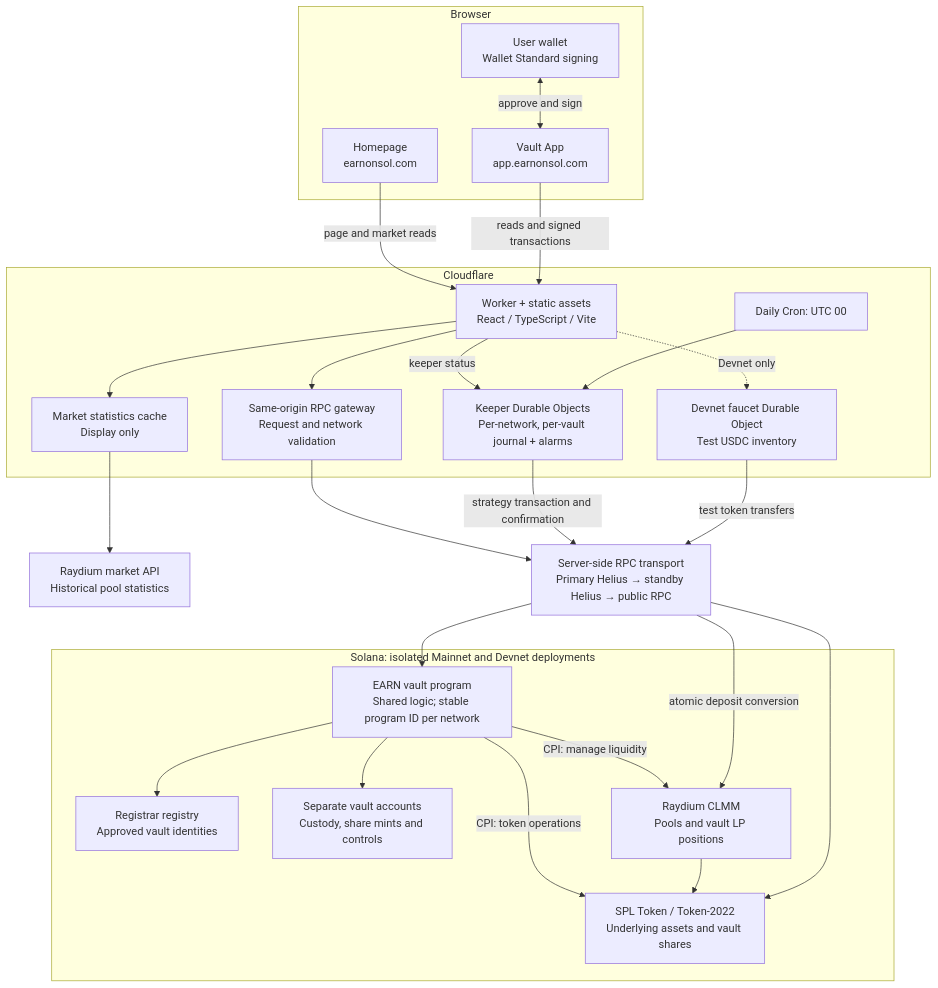
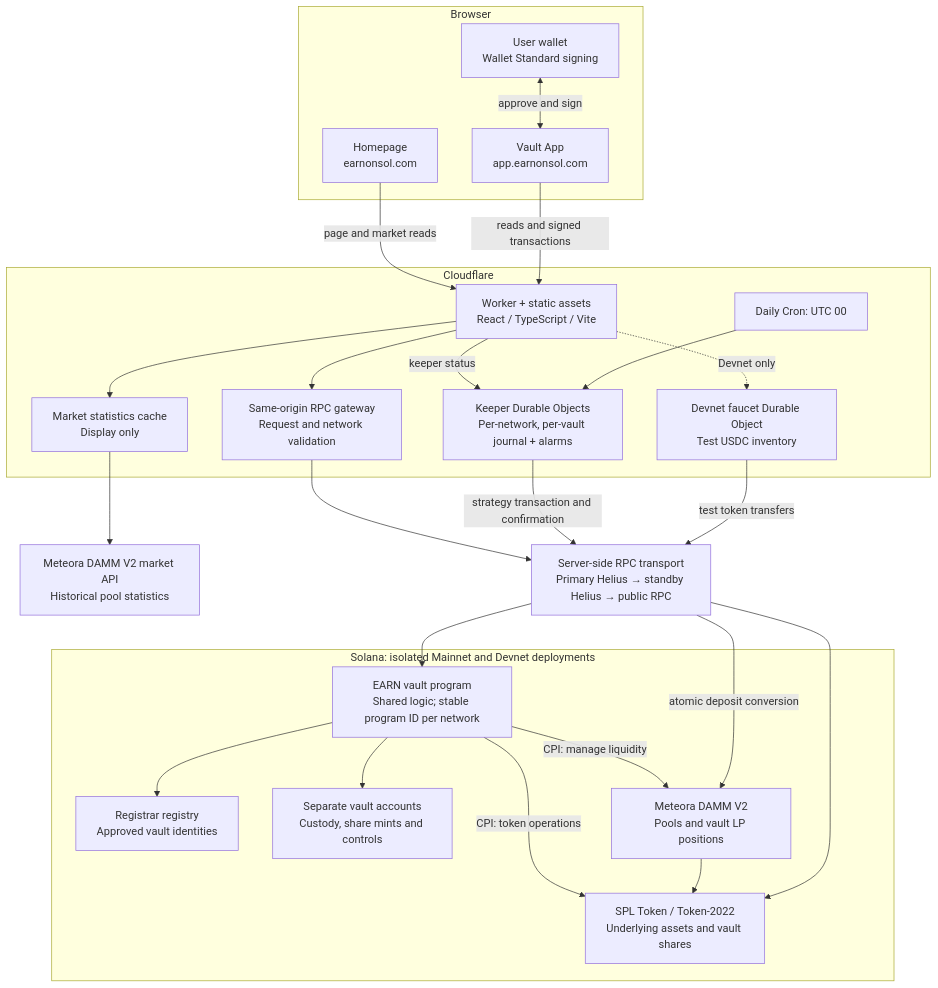
One commit to swift-pixel66/earnonsol changed the diagram in README.md. Above: the diagram before and after it, drawn with Mermaid. The commit also changed other lines of this file and 9 other files, not shown here.

Commit message:
docs: refresh architecture and video for Meteora DAMM V2

````diff
--- a/README.md
+++ b/README.md
@@ -19,49 +19,49 @@
 ```mermaid
 flowchart TB
   subgraph Browser["Browser"]
     Home["Homepage<br/>earnonsol.com"]
     App["Vault App<br/>app.earnonsol.com"]
     Wallet["User wallet<br/>Wallet Standard signing"]
     Wallet <-->|"approve and sign"| App
   end
 
   subgraph Cloudflare["Cloudflare"]
     Edge["Worker + static assets<br/>React / TypeScript / Vite"]
     Market["Market statistics cache<br/>Display only"]
     Gateway["Same-origin RPC gateway<br/>Request and network validation"]
     Cron["Daily Cron: UTC 00"]
     Keeper["Keeper Durable Objects<br/>Per-network, per-vault journal + alarms"]
     Faucet["Devnet faucet Durable Object<br/>Test USDC inventory"]
     Edge --> Market
     Edge --> Gateway
     Edge -->|"keeper status"| Keeper
     Edge -.->|"Devnet only"| Faucet
     Cron --> Keeper
   end
 
-  MarketAPI["Raydium market API<br/>Historical pool statistics"]
+  MarketAPI["Meteora DAMM V2 market API<br/>Historical pool statistics"]
   RPC["Server-side RPC transport<br/>Primary Helius → standby Helius → public RPC"]
 
   subgraph Solana["Solana: isolated Mainnet and Devnet deployments"]
     Program["EARN vault program<br/>Shared logic; stable program ID per network"]
     Registry["Registrar registry<br/>Approved vault identities"]
     State["Separate vault accounts<br/>Custody, share mints and controls"]
-    Pool["Raydium CLMM<br/>Pools and vault LP positions"]
+    Pool["Meteora DAMM V2<br/>Pools and vault LP positions"]
     Tokens["SPL Token / Token-2022<br/>Underlying assets and vault shares"]
     Program --> Registry
     Program --> State
     Program -->|"CPI: manage liquidity"| Pool
     Program -->|"CPI: token operations"| Tokens
     Pool --> Tokens
   end
 
   Home -->|"page and market reads"| Edge
   App -->|"reads and signed transactions"| Edge
   Market --> MarketAPI
   Gateway --> RPC
   Keeper -->|"strategy transaction and confirmation"| RPC
   Faucet -->|"test token transfers"| RPC
   RPC --> Program
   RPC -->|"atomic deposit conversion"| Pool
   RPC --> Tokens
 ```
````
